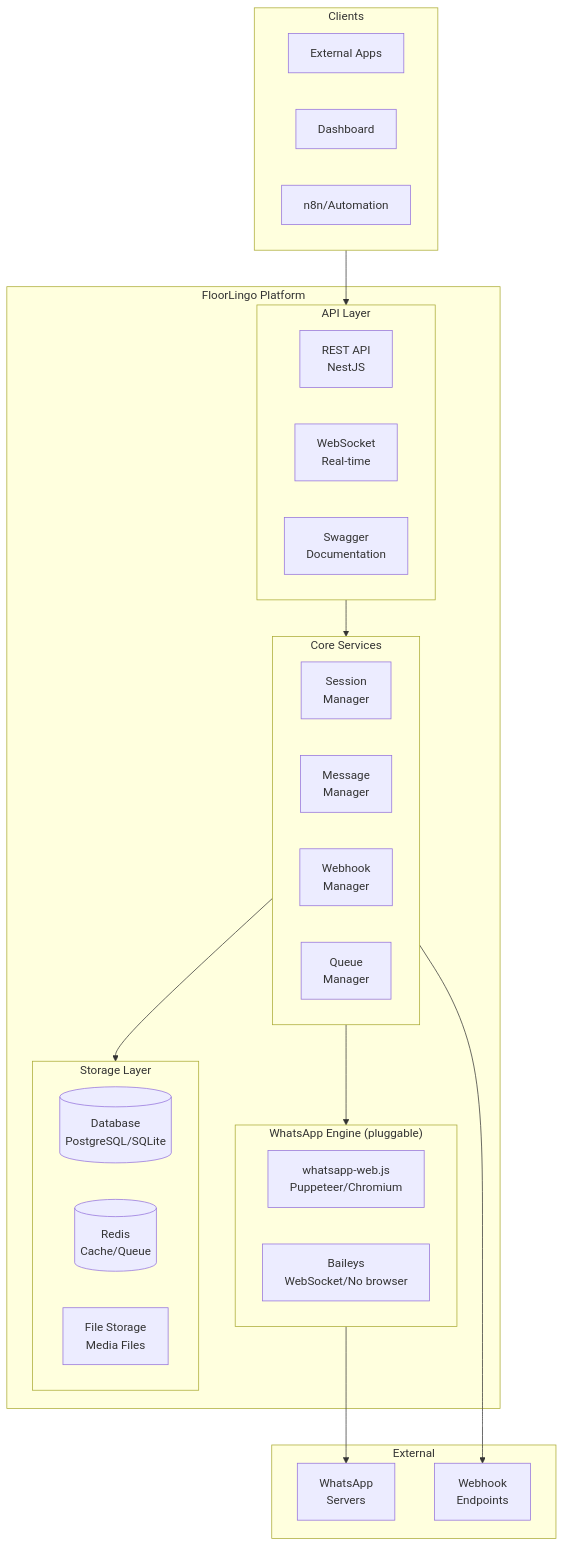
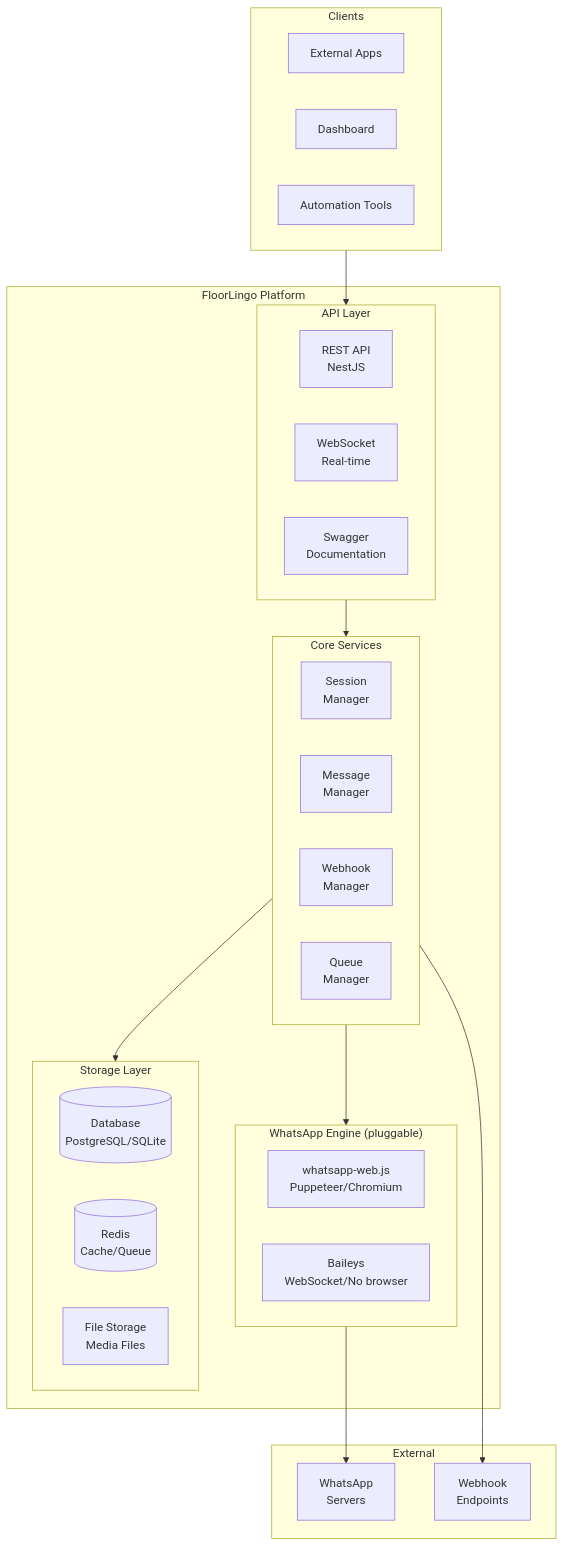
The first of 24 diagrams in docs/03-system-architecture.md (JaplinChen/FloorLingo), drawn with Mermaid before and after one commit. The commit also changed 22 other files, not shown here.

````diff
--- a/docs/03-system-architecture.md
+++ b/docs/03-system-architecture.md
@@ -7,46 +7,46 @@
 ```mermaid
 flowchart TB
     subgraph Clients["Clients"]
         C1[External Apps]
         C2[Dashboard]
-        C3[n8n/Automation]
+        C3[Automation Tools]
     end
     
     subgraph FloorLingo["FloorLingo Platform"]
         subgraph API["API Layer"]
             REST[REST API<br/>NestJS]
             WS[WebSocket<br/>Real-time]
             SWAGGER[Swagger<br/>Documentation]
         end
         
         subgraph Core["Core Services"]
             SM[Session<br/>Manager]
             MM[Message<br/>Manager]
             WH[Webhook<br/>Manager]
             QM[Queue<br/>Manager]
         end
         
         subgraph Engine["WhatsApp Engine (pluggable)"]
             WW[whatsapp-web.js<br/>Puppeteer/Chromium]
             BY[Baileys<br/>WebSocket/No browser]
         end
         
         subgraph Storage["Storage Layer"]
             DB[(Database<br/>PostgreSQL/SQLite)]
             REDIS[(Redis<br/>Cache/Queue)]
             FS[File Storage<br/>Media Files]
         end
     end
     
     subgraph External["External"]
         WA[WhatsApp<br/>Servers]
         WEBHOOK[Webhook<br/>Endpoints]
     end
     
     Clients --> API
     API --> Core
     Core --> Engine
     Core --> Storage
     Engine --> WA
     Core --> WEBHOOK
 ```
````
